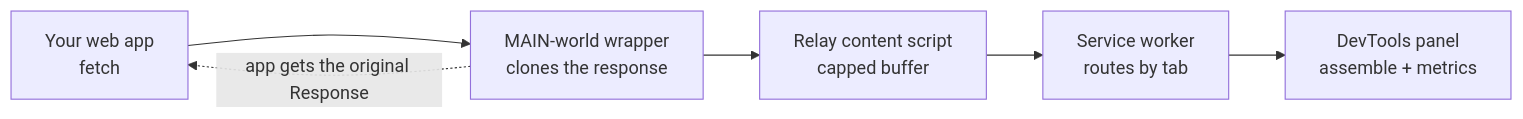
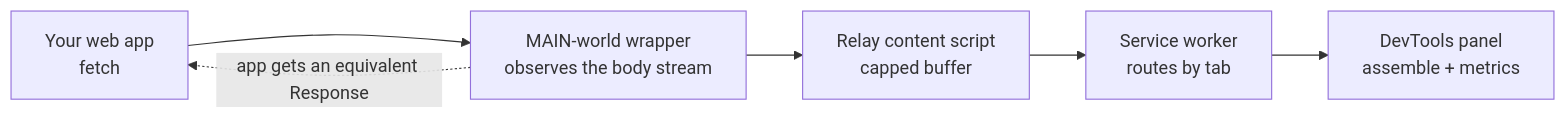
One commit to LeeGyeongPil/streamscope changed the diagram in README.md. Above: the diagram before and after it, drawn with Mermaid. The commit also changed other lines of this file and 5 other files, not shown here.

````diff
--- a/README.md
+++ b/README.md
@@ -171,8 +171,8 @@
 ```mermaid
 flowchart LR
-  A[Your web app<br/>fetch] --> B[MAIN-world wrapper<br/>clones the response]
+  A[Your web app<br/>fetch] --> B[MAIN-world wrapper<br/>observes the body stream]
   B --> C[Relay content script<br/>capped buffer]
   C --> D[Service worker<br/>routes by tab]
   D --> E[DevTools panel<br/>assemble + metrics]
-  B -. app gets the original Response .-> A
+  B -. app gets an equivalent Response .-> A
 ```
````
